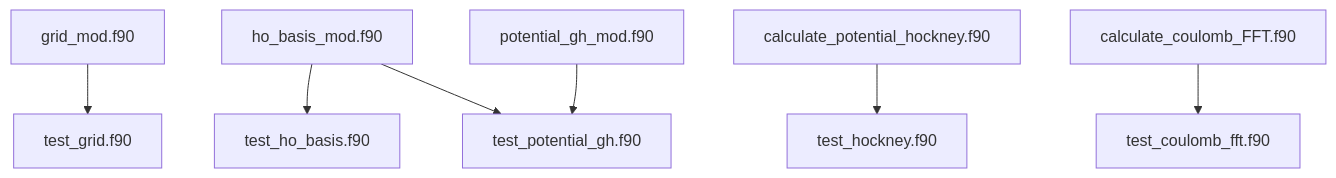
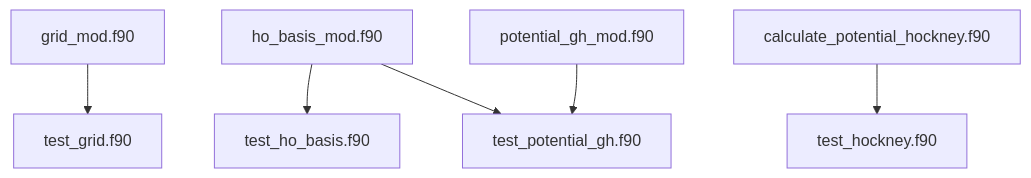
The second of 2 diagrams in README.md (tanamarugithuber/Microscopic-Macroscopic-), drawn with Mermaid before and after one commit. The commit also changed other lines of this file and 17 other files, not shown here.

````diff
--- a/README.md
+++ b/README.md
@@ -45,9 +44,8 @@
 ```mermaid
 graph TD;
     grid_mod.f90-->test_grid.f90;
     ho_basis_mod.f90-->test_ho_basis.f90;
     ho_basis_mod.f90-->test_potential_gh.f90;
     potential_gh_mod.f90-->test_potential_gh.f90;
     calculate_potential_hockney.f90-->test_hockney.f90;
-    calculate_coulomb_FFT.f90-->test_coulomb_fft.f90;
 ```
````
